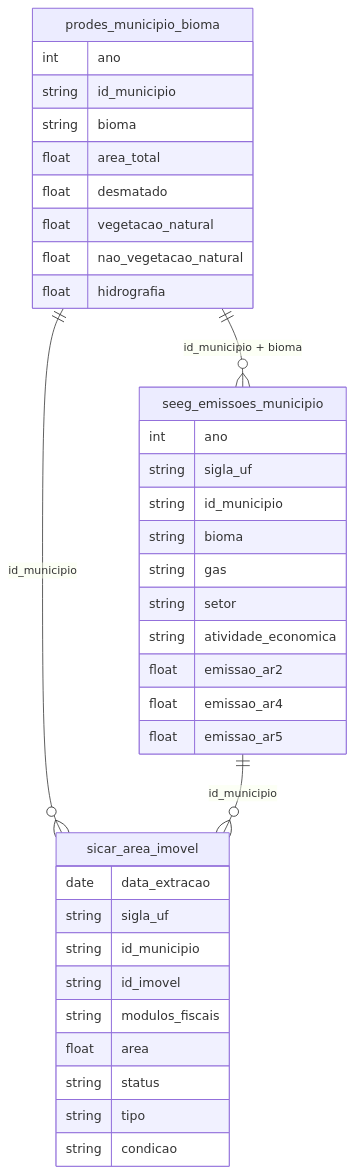
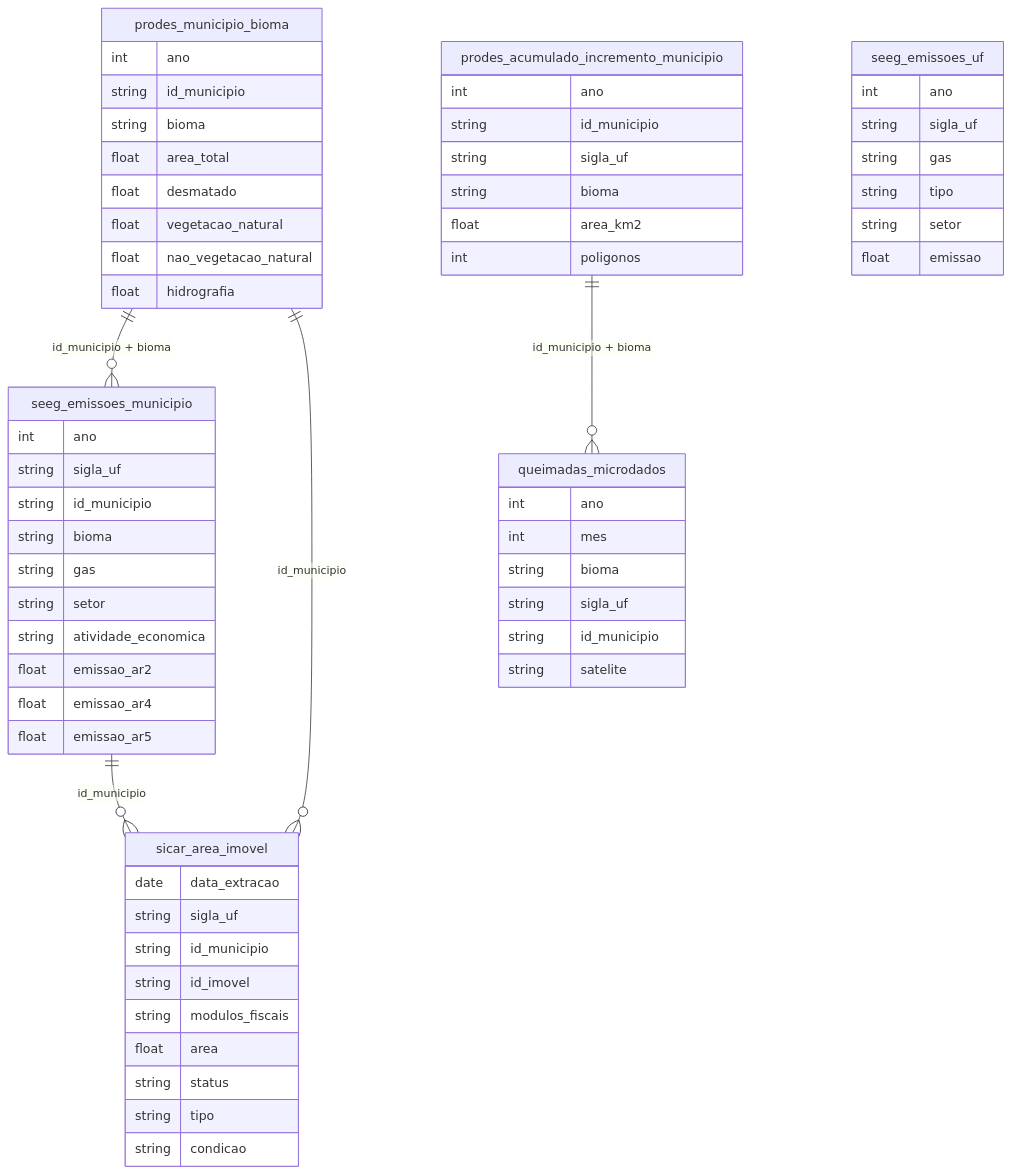
One commit to rafapolo/rodado changed the diagram in docs/mapa/overview/10_meio_ambiente.md. Above: the diagram before and after it, drawn with Mermaid. The commit also changed other lines of this file and 135 other files, not shown here.

````diff
--- a/docs/mapa/overview/10_meio_ambiente.md
+++ b/docs/mapa/overview/10_meio_ambiente.md
@@ -2,39 +2,64 @@
 ```mermaid
 erDiagram
     prodes_municipio_bioma {
         int ano
         string id_municipio
         string bioma
         float area_total
         float desmatado
         float vegetacao_natural
         float nao_vegetacao_natural
         float hidrografia
     }
     seeg_emissoes_municipio {
         int ano
         string sigla_uf
         string id_municipio
         string bioma
         string gas
         string setor
         string atividade_economica
         float emissao_ar2
         float emissao_ar4
         float emissao_ar5
     }
     sicar_area_imovel {
         date data_extracao
         string sigla_uf
         string id_municipio
         string id_imovel
         string modulos_fiscais
         float area
         string status
         string tipo
         string condicao
     }
     prodes_municipio_bioma ||--o{ seeg_emissoes_municipio : "id_municipio + bioma"
     prodes_municipio_bioma ||--o{ sicar_area_imovel : "id_municipio"
+    prodes_acumulado_incremento_municipio {
+        int ano
+        string id_municipio
+        string sigla_uf
+        string bioma
+        float area_km2
+        int poligonos
+    }
+    seeg_emissoes_uf {
+        int ano
+        string sigla_uf
+        string gas
+        string tipo
+        string setor
+        float emissao
+    }
+    queimadas_microdados {
+        int ano
+        int mes
+        string bioma
+        string sigla_uf
+        string id_municipio
+        string satelite
+    }
     seeg_emissoes_municipio ||--o{ sicar_area_imovel : "id_municipio"
+    prodes_acumulado_incremento_municipio ||--o{ queimadas_microdados : "id_municipio + bioma"
 ```
````
